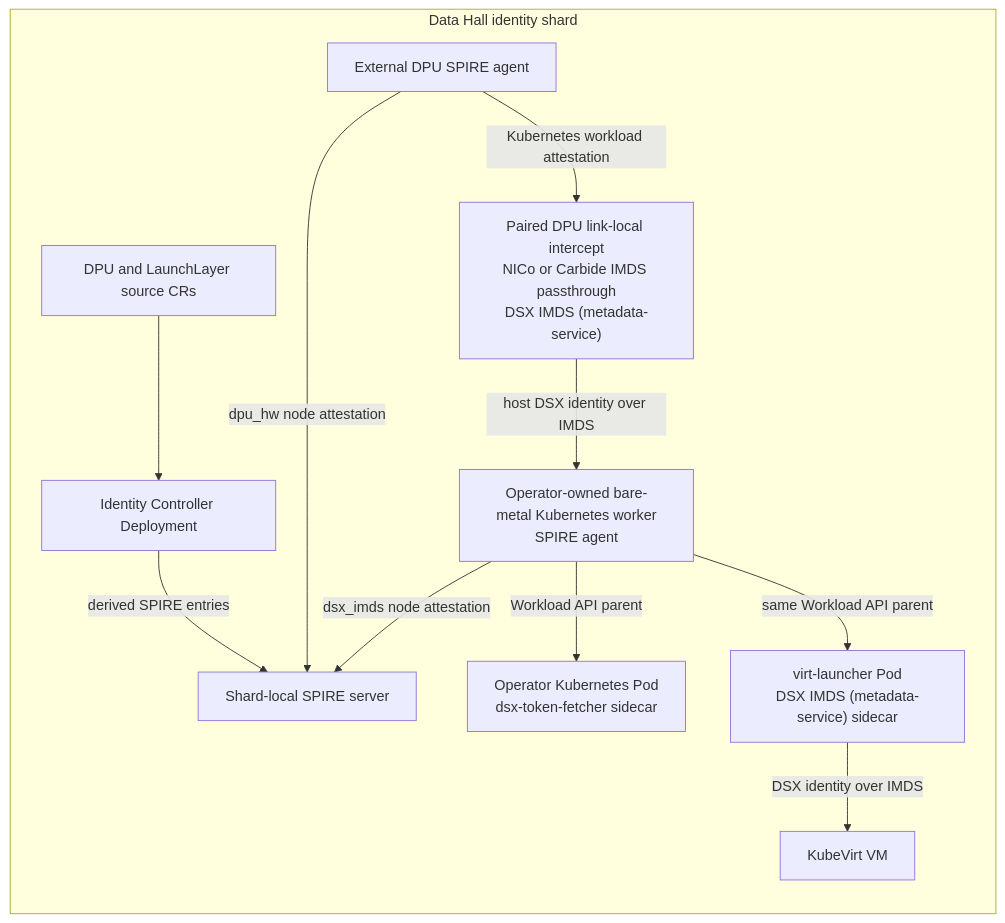
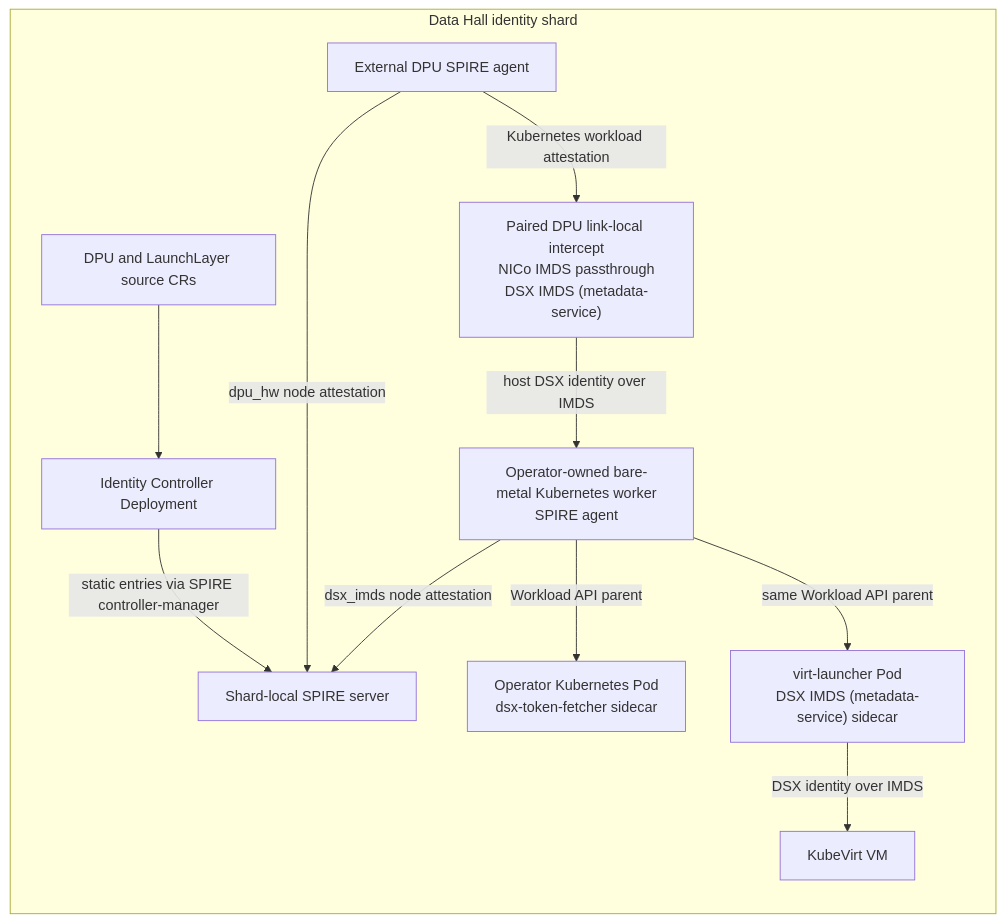
The first of 4 diagrams in README.md (dsx-ai-factory/nvidia-workload-identity), drawn with Mermaid before and after one commit. The commit also changed other lines of this file and 6 other files, not shown here.

First line of the commit message:
fix(NO-REF): correct README identity diagrams (#24)

````diff
--- a/README.md
+++ b/README.md
@@ -84,25 +85,25 @@
 ```mermaid
 flowchart TB
   subgraph Shard["Data Hall identity shard"]
     direction TB
     Sources["DPU and LaunchLayer source CRs"]
     Controller["Identity Controller Deployment"]
     SPIRE["Shard-local SPIRE server"]
     DPU["External DPU SPIRE agent"]
-    MDS["Paired DPU link-local intercept<br/>NICo or Carbide IMDS passthrough<br/>DSX IMDS (metadata-service)"]
+    MDS["Paired DPU link-local intercept<br/>NICo IMDS passthrough<br/>DSX IMDS (metadata-service)"]
     Host["Operator-owned bare-metal Kubernetes worker<br/>SPIRE agent"]
     Pod["Operator Kubernetes Pod<br/>dsx-token-fetcher sidecar"]
     VMHost["virt-launcher Pod<br/>DSX IMDS (metadata-service) sidecar"]
     VM["KubeVirt VM"]
 
     Sources --> Controller
-    Controller -->|"derived SPIRE entries"| SPIRE
+    Controller -->|"static entries via SPIRE controller-manager"| SPIRE
     DPU -->|"dpu_hw node attestation"| SPIRE
     DPU -->|"Kubernetes workload attestation"| MDS
     MDS -->|"host DSX identity over IMDS"| Host
     Host -->|"dsx_imds node attestation"| SPIRE
     Host -->|"Workload API parent"| Pod
     Host -->|"same Workload API parent"| VMHost
     VMHost -->|"DSX identity over IMDS"| VM
   end
 ```
````
